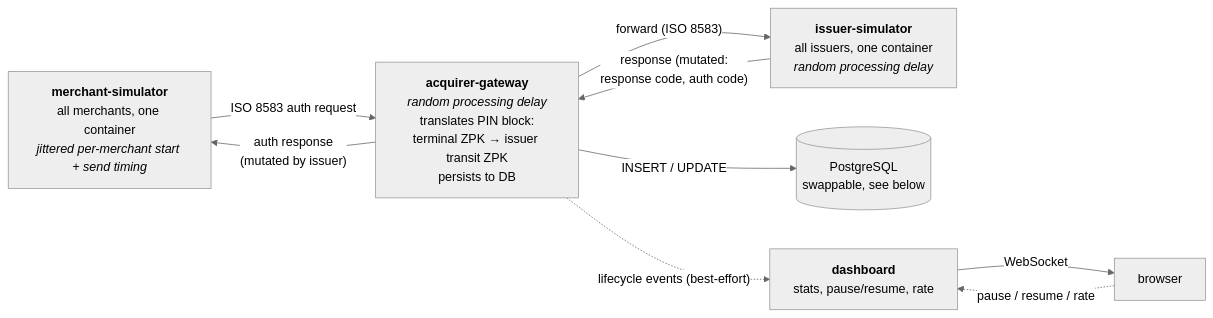
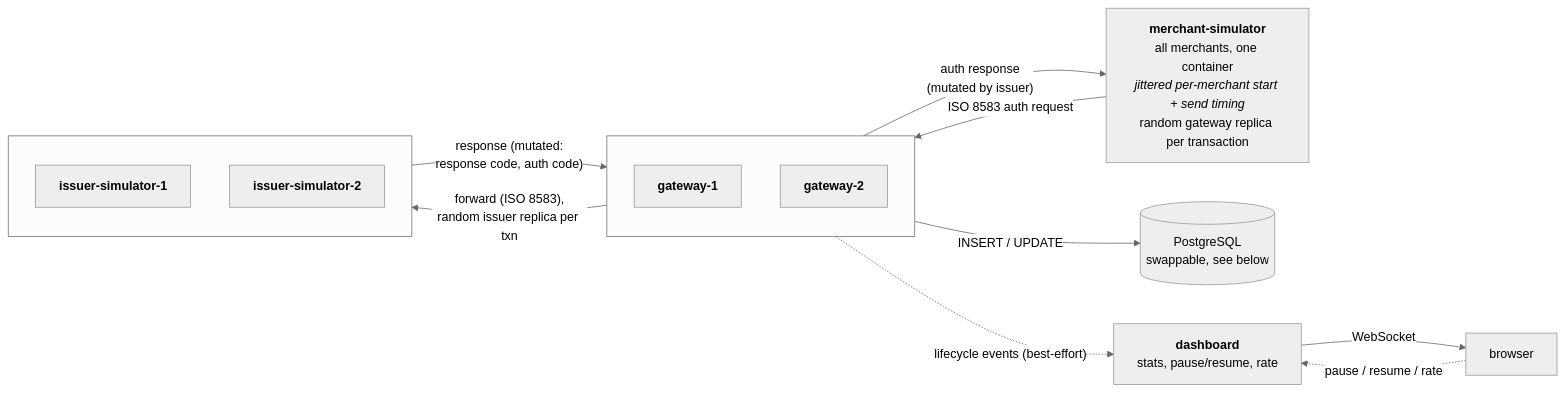
The diagram in README.md (credulous67/test_acquirer_data), drawn with Mermaid (neutral theme) before and after one commit. The commit also changed other lines of this file and 10 other files, not shown here.

````diff
--- a/README.md
+++ b/README.md
@@ -49,18 +49,26 @@
 ```mermaid
 flowchart LR
-    M["<b>merchant-simulator</b><br/>all merchants, one container<br/><i>jittered per-merchant start + send timing</i>"]
-    G["<b>acquirer-gateway</b><br/><i>random processing delay</i><br/>translates PIN block:<br/>terminal ZPK → issuer transit ZPK<br/>persists to DB"]
-    I["<b>issuer-simulator</b><br/>all issuers, one container<br/><i>random processing delay</i>"]
+    M["<b>merchant-simulator</b><br/>all merchants, one container<br/><i>jittered per-merchant start + send timing</i><br/>random gateway replica per transaction"]
+    subgraph GW [" "]
+        direction TB
+        G1["<b>gateway-1</b>"]
+        G2["<b>gateway-2</b>"]
+    end
+    subgraph ISS [" "]
+        direction TB
+        I1["<b>issuer-simulator-1</b>"]
+        I2["<b>issuer-simulator-2</b>"]
+    end
     DB[("PostgreSQL<br/>swappable, see below")]
     D["<b>dashboard</b><br/>stats, pause/resume, rate"]
     B["browser"]
 
-    M -- "ISO 8583 auth request" --> G
-    G -- "forward (ISO 8583)" --> I
-    I -- "response (mutated:<br/>response code, auth code)" --> G
-    G -- "auth response<br/>(mutated by issuer)" --> M
-    G -- "INSERT / UPDATE" --> DB
-    G -. "lifecycle events (best-effort)" .-> D
+    M -- "ISO 8583 auth request" --> GW
+    GW -- "forward (ISO 8583),<br/>random issuer replica per txn" --> ISS
+    ISS -- "response (mutated:<br/>response code, auth code)" --> GW
+    GW -- "auth response<br/>(mutated by issuer)" --> M
+    GW -- "INSERT / UPDATE" --> DB
+    GW -. "lifecycle events (best-effort)" .-> D
     D -- "WebSocket" --> B
     B -. "pause / resume / rate" .-> D
 ```
````
